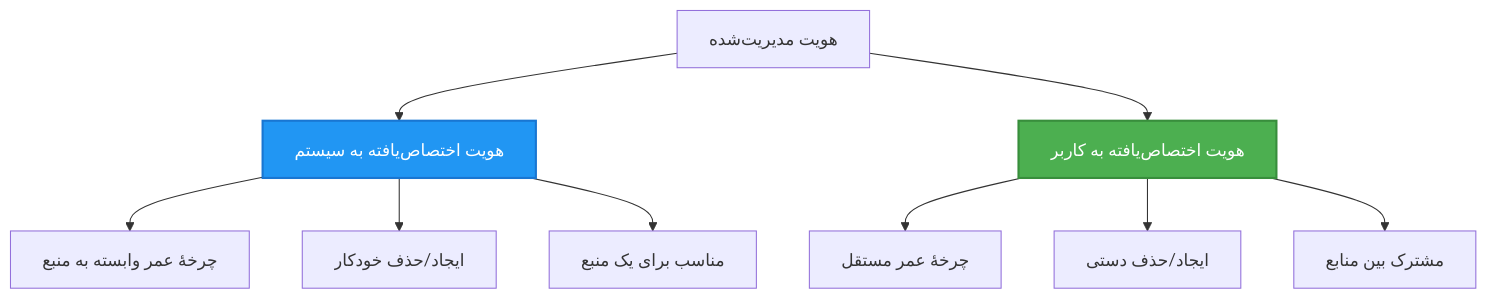
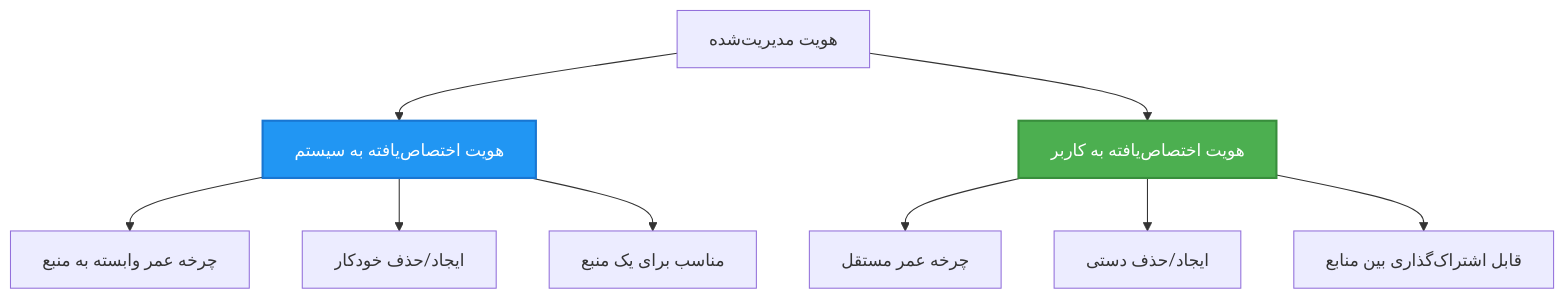
Before and after one commit to microsoft/AZD-for-beginners: the second of 2 diagrams in translations/fa/docs/chapter-03-configuration/authsecurity.md, drawn with Mermaid. The commit also changed other lines of this file and 104 other files, not shown here.

````diff
--- a/translations/fa/docs/chapter-03-configuration/authsecurity.md
+++ b/translations/fa/docs/chapter-03-configuration/authsecurity.md
@@ -97,20 +98,20 @@
 ```mermaid
 graph TB
     MI[هویت مدیریت‌شده]
     SystemAssigned[هویت اختصاص‌یافته به سیستم]
     UserAssigned[هویت اختصاص‌یافته به کاربر]
     
     MI --> SystemAssigned
     MI --> UserAssigned
     
-    SystemAssigned --> SA1[چرخهٔ عمر وابسته به منبع]
+    SystemAssigned --> SA1[چرخه عمر وابسته به منبع]
     SystemAssigned --> SA2[ایجاد/حذف خودکار]
     SystemAssigned --> SA3[مناسب برای یک منبع]
     
-    UserAssigned --> UA1[چرخهٔ عمر مستقل]
+    UserAssigned --> UA1[چرخه عمر مستقل]
     UserAssigned --> UA2[ایجاد/حذف دستی]
-    UserAssigned --> UA3[مشترک بین منابع]
+    UserAssigned --> UA3[قابل اشتراک‌گذاری بین منابع]
     
     style SystemAssigned fill:#2196F3,stroke:#1976D2,stroke-width:2px,color:#fff
     style UserAssigned fill:#4CAF50,stroke:#388E3C,stroke-width:2px,color:#fff
 ```
````
